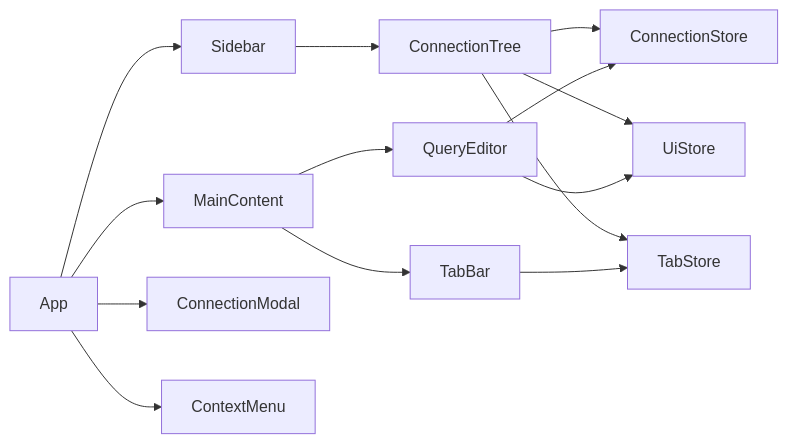
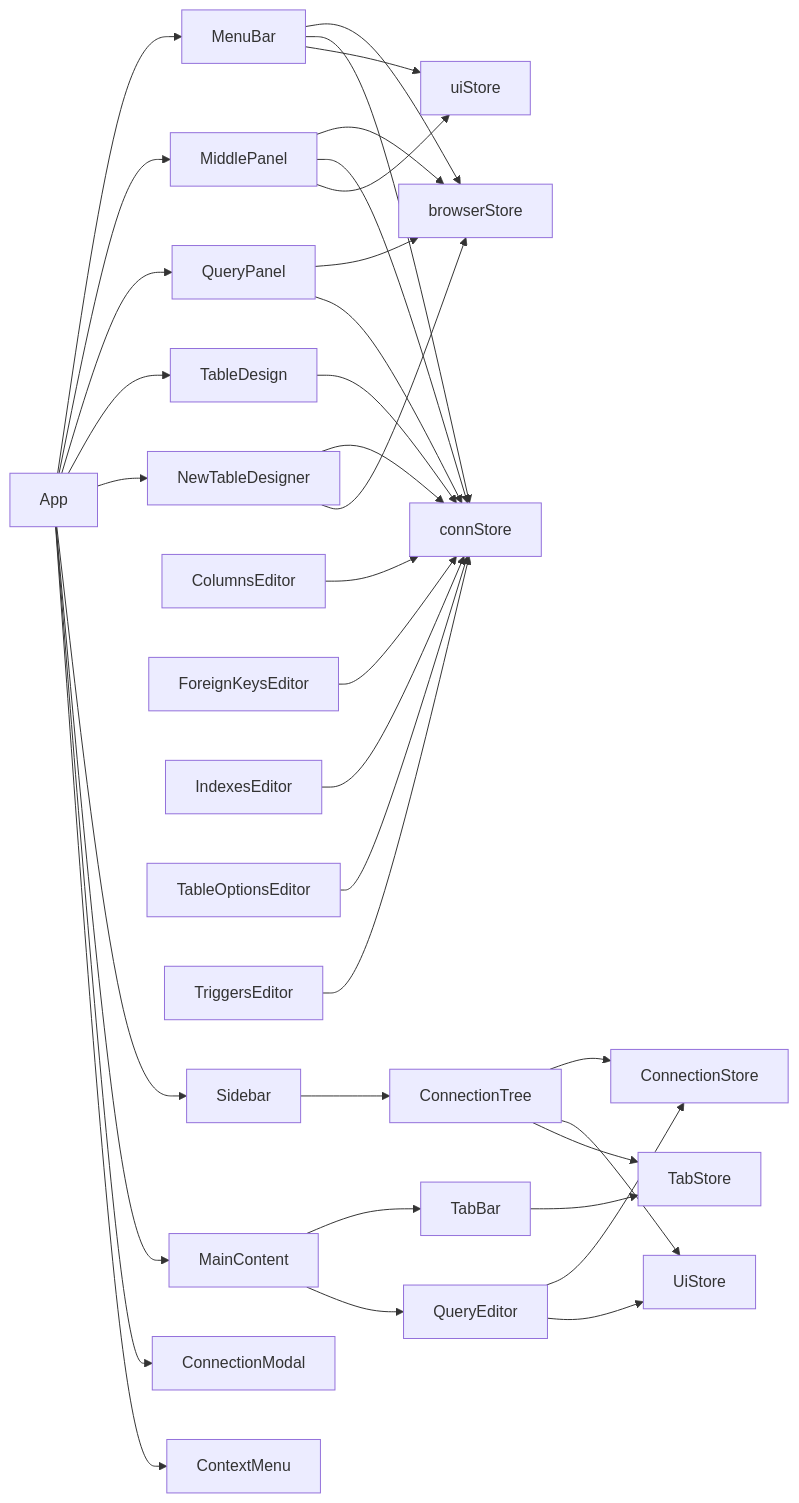
One commit to wwenbo2048/nexsql changed the third of 3 diagrams in .qoder/repowiki/zh/content/架构设计/组件系统架构/核心组件/核心组件.md. Above: the diagram before and after it, drawn with Mermaid. The commit also changed other lines of this file and 19 other files, not shown here.

````diff
--- a/.qoder/repowiki/zh/content/架构设计/组件系统架构/核心组件/核心组件.md
+++ b/.qoder/repowiki/zh/content/架构设计/组件系统架构/核心组件/核心组件.md
@@ -314,16 +626,37 @@
 ```mermaid
 graph LR
+MenuBar --> browserStore
+MenuBar --> connStore
+MenuBar --> uiStore
+MiddlePanel --> browserStore
+MiddlePanel --> connStore
+MiddlePanel --> uiStore
+QueryPanel --> browserStore
+QueryPanel --> connStore
+TableDesign --> connStore
+NewTableDesigner --> connStore
+NewTableDesigner --> browserStore
+ColumnsEditor --> connStore
+ForeignKeysEditor --> connStore
+IndexesEditor --> connStore
+TableOptionsEditor --> connStore
+TriggersEditor --> connStore
 Sidebar --> ConnectionTree
 MainContent --> TabBar
 MainContent --> QueryEditor
 ConnectionTree --> ConnectionStore
 ConnectionTree --> UiStore
 ConnectionTree --> TabStore
 TabBar --> TabStore
 QueryEditor --> ConnectionStore
 QueryEditor --> UiStore
+App --> MenuBar
+App --> MiddlePanel
+App --> QueryPanel
+App --> TableDesign
+App --> NewTableDesigner
 App --> Sidebar
 App --> MainContent
 App --> ConnectionModal
 App --> ContextMenu
 ```
````
